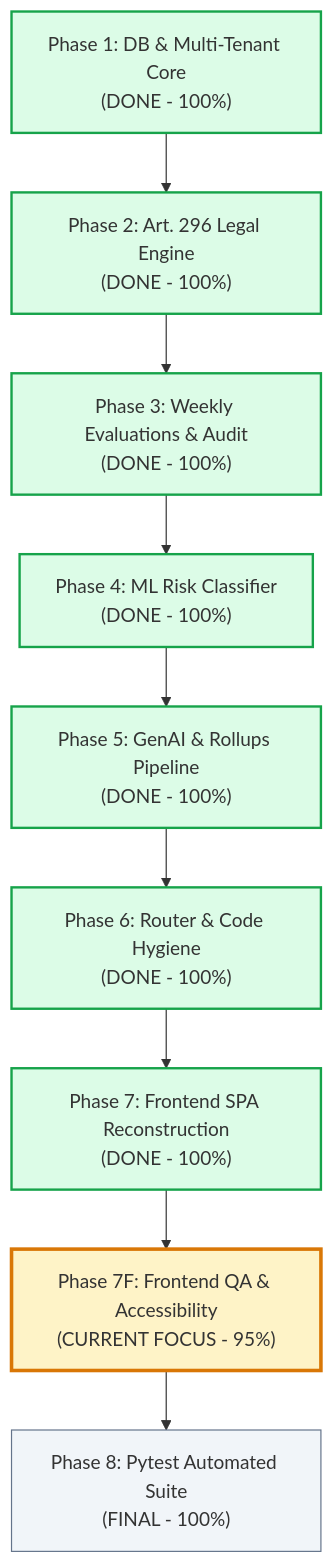
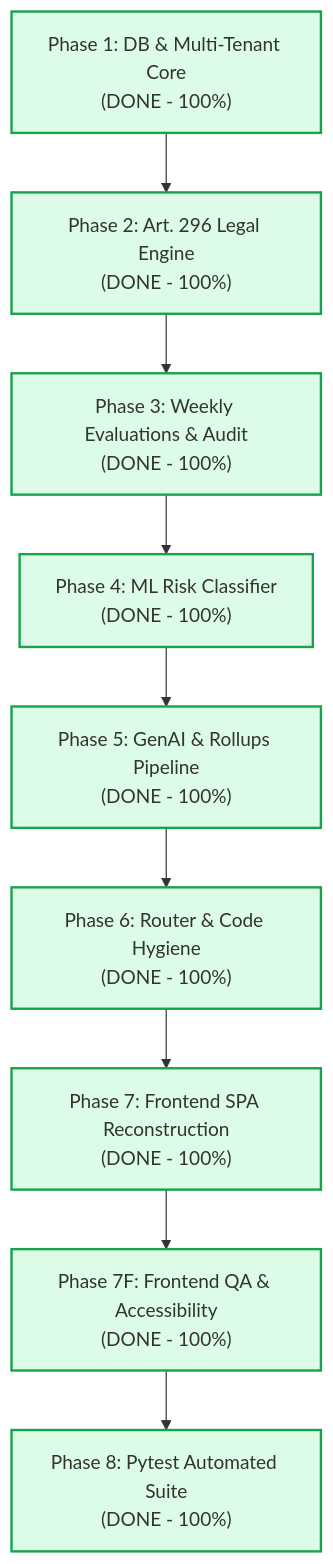
The diagram in ROADMAP.md (whyreii/performa), drawn with Mermaid before and after one commit. The commit also changed other lines of this file and 1 other file, not shown here.

Commit message:
docs: refresh ROADMAP to 100% shipped and correct Admin RBAC wording in guardrails

````diff
--- a/ROADMAP.md
+++ b/ROADMAP.md
@@ -82,21 +82,21 @@
 ```mermaid
 flowchart TD
     P1["Phase 1: DB & Multi-Tenant Core<br/>(DONE - 100%)"] --> P2["Phase 2: Art. 296 Legal Engine<br/>(DONE - 100%)"]
     P2 --> P3["Phase 3: Weekly Evaluations & Audit<br/>(DONE - 100%)"]
     P3 --> P4["Phase 4: ML Risk Classifier<br/>(DONE - 100%)"]
     P4 --> P5["Phase 5: GenAI & Rollups Pipeline<br/>(DONE - 100%)"]
     P5 --> P6["Phase 6: Router & Code Hygiene<br/>(DONE - 100%)"]
     P6 --> P7["Phase 7: Frontend SPA Reconstruction<br/>(DONE - 100%)"]
-    P7 --> P7F["Phase 7F: Frontend QA & Accessibility<br/>(CURRENT FOCUS - 95%)"]
-    P7F --> P8["Phase 8: Pytest Automated Suite<br/>(FINAL - 100%)"]
+    P7 --> P7F["Phase 7F: Frontend QA & Accessibility<br/>(DONE - 100%)"]
+    P7F --> P8["Phase 8: Pytest Automated Suite<br/>(DONE - 100%)"]
 
     style P1 fill:#dcfce7,stroke:#16a34a,stroke-width:2px;
     style P2 fill:#dcfce7,stroke:#16a34a,stroke-width:2px;
     style P3 fill:#dcfce7,stroke:#16a34a,stroke-width:2px;
     style P4 fill:#dcfce7,stroke:#16a34a,stroke-width:2px;
     style P5 fill:#dcfce7,stroke:#16a34a,stroke-width:2px;
     style P6 fill:#dcfce7,stroke:#16a34a,stroke-width:2px;
     style P7 fill:#dcfce7,stroke:#16a34a,stroke-width:2px;
-    style P7F fill:#fef3c7,stroke:#d97706,stroke-width:3px;
-    style P8 fill:#f1f5f9,stroke:#64748b,stroke-width:1px;
+    style P7F fill:#dcfce7,stroke:#16a34a,stroke-width:2px;
+    style P8 fill:#dcfce7,stroke:#16a34a,stroke-width:2px;
 ```
````
